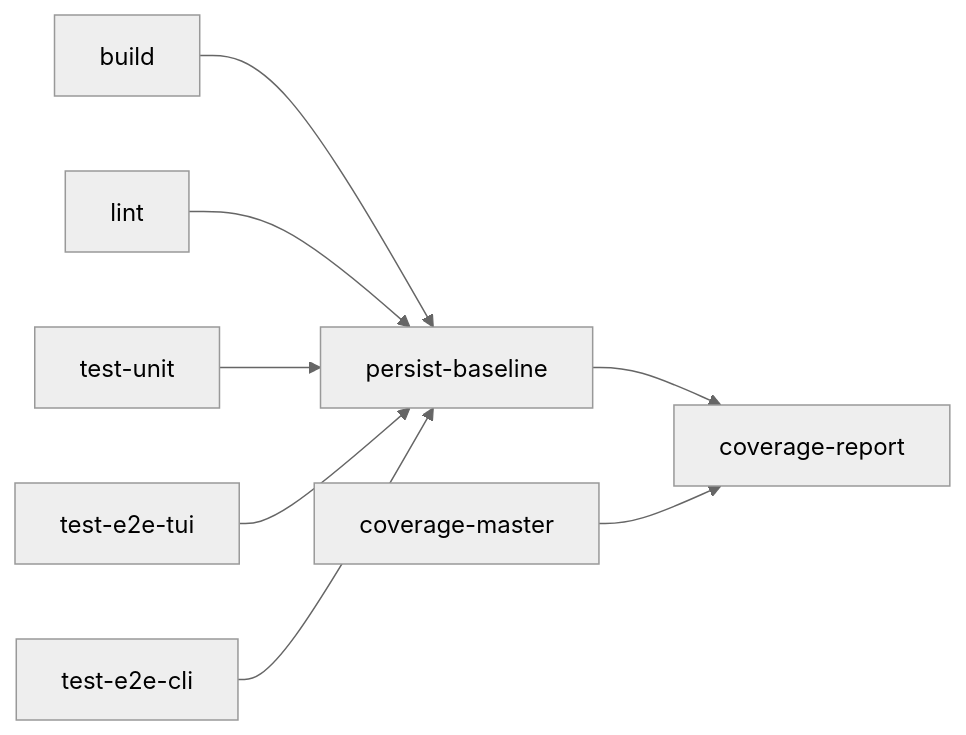
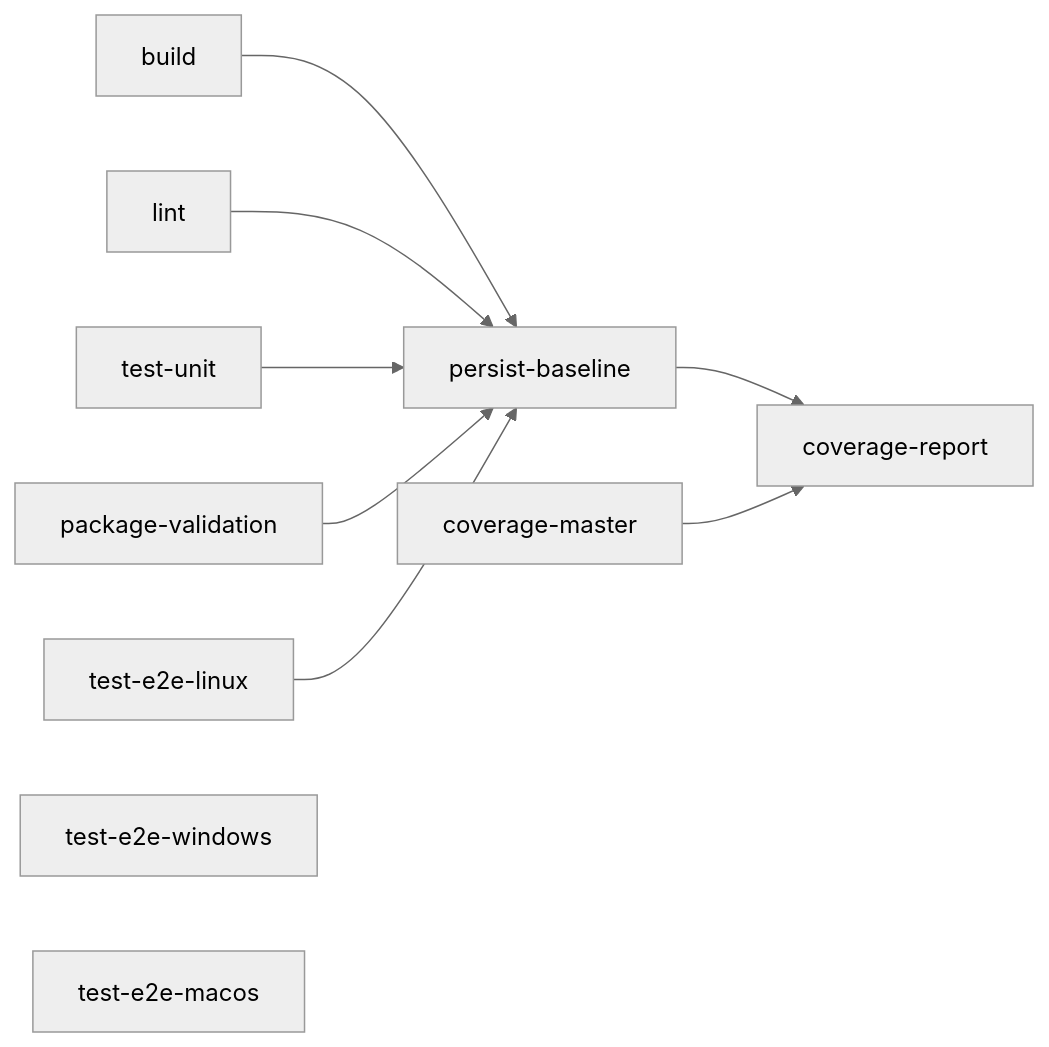
Before and after one commit to crazy-vedic/Quark: the diagram in .agents/ci-and-release.md, drawn with Mermaid (neutral theme). The commit also changed other lines of this file and 37 other files, not shown here.

````diff
--- a/.agents/ci-and-release.md
+++ b/.agents/ci-and-release.md
@@ -13,18 +13,20 @@
 ```mermaid
 flowchart LR
   build[build]
   lint[lint]
+  packageVal[package-validation]
   testUnit[test-unit]
-  testE2eTui[test-e2e-tui]
-  testE2eCli[test-e2e-cli]
+  testE2eLinux[test-e2e-linux]
+  testE2eWindows[test-e2e-windows]
+  testE2eMacOS[test-e2e-macos]
   persistBaseline[persist-baseline]
   coverageMaster[coverage-master]
   coverageReport[coverage-report]
   build --> persistBaseline
   lint --> persistBaseline
   testUnit --> persistBaseline
-  testE2eTui --> persistBaseline
-  testE2eCli --> persistBaseline
+  packageVal --> persistBaseline
+  testE2eLinux --> persistBaseline
   persistBaseline --> coverageReport
   coverageMaster --> coverageReport
 ```
````
